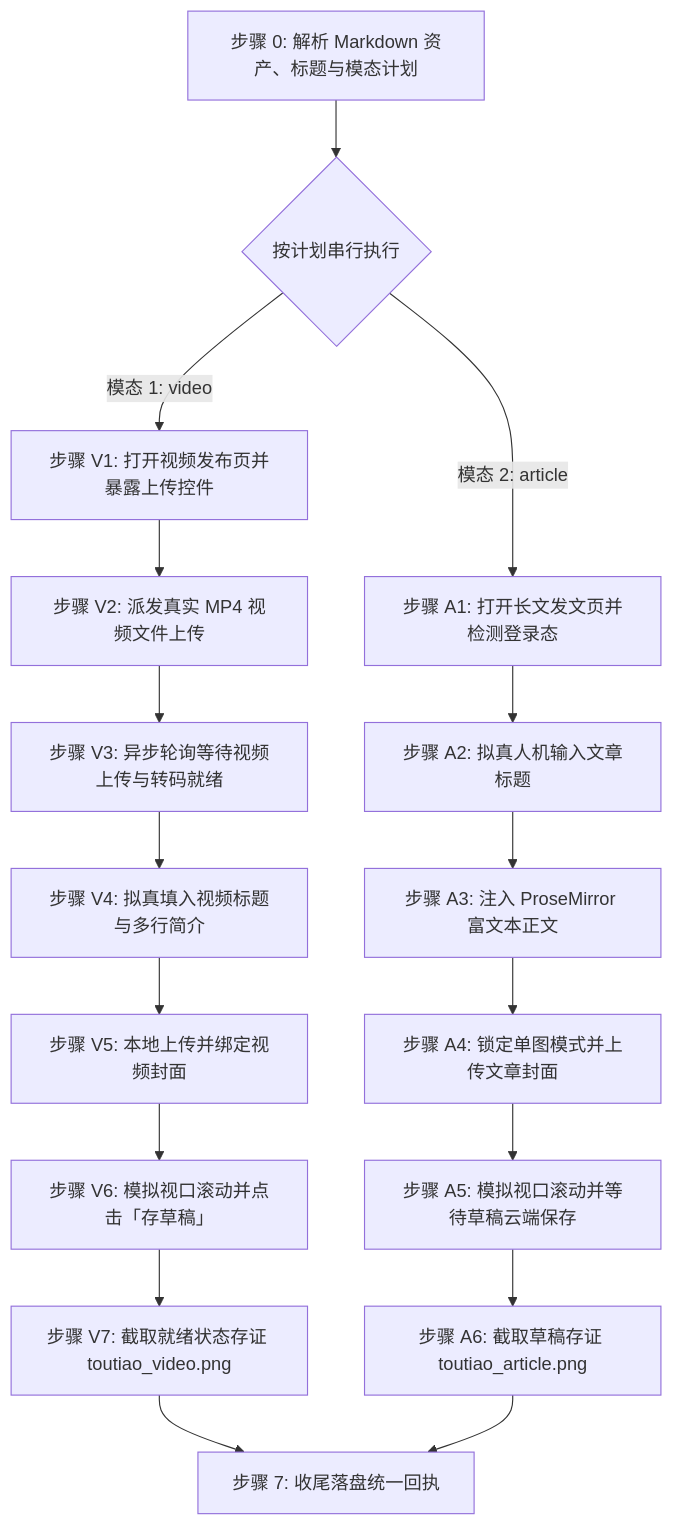
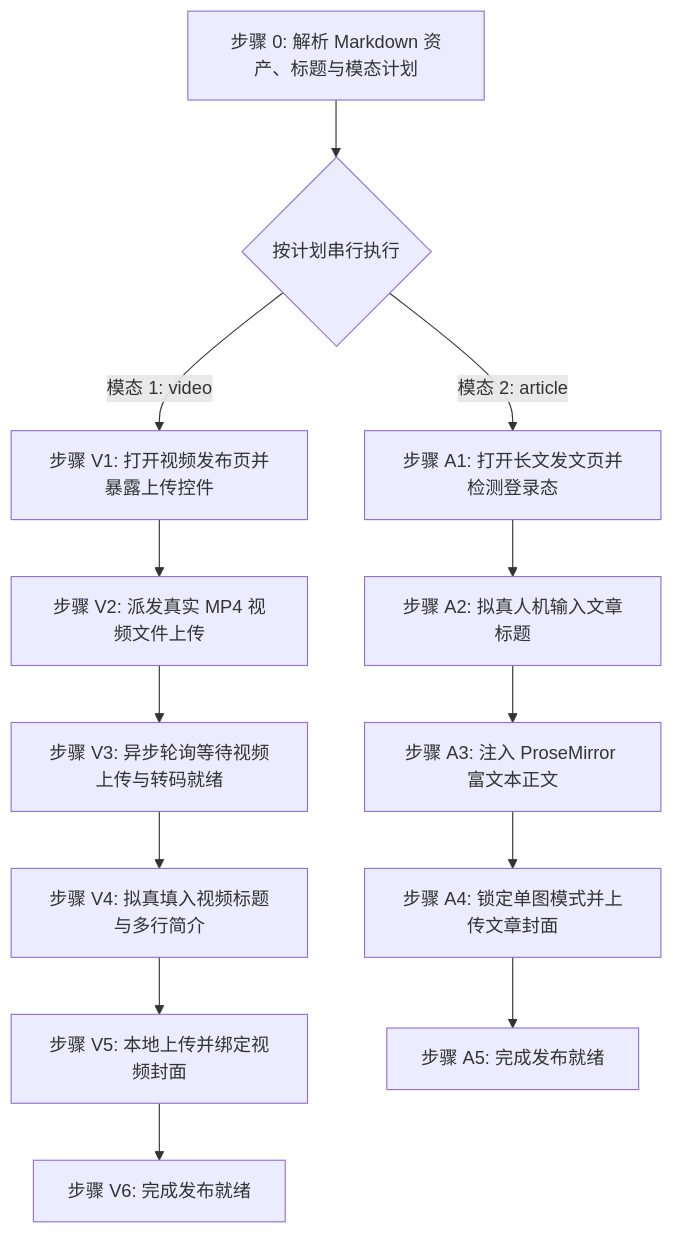
The diagram in skills/doudou-toutiao/SKILL.md (undsky/doudou-publish-skills), drawn with Mermaid before and after one commit. The commit also changed other lines of this file and 57 other files, not shown here.

````diff
--- a/skills/doudou-toutiao/SKILL.md
+++ b/skills/doudou-toutiao/SKILL.md
@@ -126,22 +12,17 @@
 ```mermaid
 flowchart TD
     S0[步骤 0: 解析 Markdown 资产、标题与模态计划] --> MP{按计划串行执行}
     
     MP -->|模态 1: video| V1[步骤 V1: 打开视频发布页并暴露上传控件]
     V1 --> V2[步骤 V2: 派发真实 MP4 视频文件上传]
     V2 --> V3[步骤 V3: 异步轮询等待视频上传与转码就绪]
     V3 --> V4[步骤 V4: 拟真填入视频标题与多行简介]
     V4 --> V5[步骤 V5: 本地上传并绑定视频封面]
-    V5 --> V6[步骤 V6: 模拟视口滚动并点击「存草稿」]
-    V6 --> V7[步骤 V7: 截取就绪状态存证 toutiao_video.png]
+    V5 --> V6[步骤 V6: 完成发布就绪]
     
     MP -->|模态 2: article| A1[步骤 A1: 打开长文发文页并检测登录态]
     A1 --> A2[步骤 A2: 拟真人机输入文章标题]
     A2 --> A3[步骤 A3: 注入 ProseMirror 富文本正文]
     A3 --> A4[步骤 A4: 锁定单图模式并上传文章封面]
-    A4 --> A5[步骤 A5: 模拟视口滚动并等待草稿云端保存]
-    A5 --> A6[步骤 A6: 截取草稿存证 toutiao_article.png]
-    
-    V7 --> R0[步骤 7: 收尾落盘统一回执]
-    A6 --> R0
+    A4 --> A5[步骤 A5: 完成发布就绪]
 ```
````
